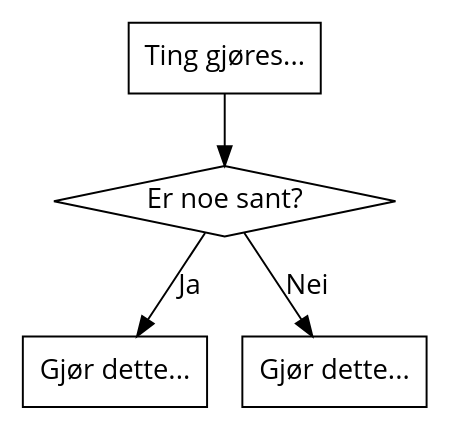
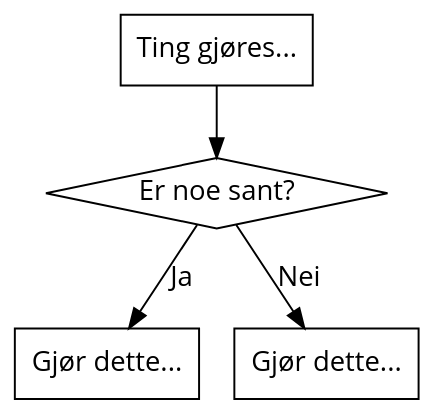
The fifth of 5 diagrams in org/promo.org (tarjeiba/promo), drawn with Graphviz before and after one commit. The commit also changed other lines of this file and 13 other files, not shown here.

```diff
--- a/org/promo.org
+++ b/org/promo.org
@@ -1612,12 +1601,13 @@
-#+BEGIN_SRC dot :exports none :file figurer/if-setning.png :cmdline -Kdot -Tppng
+#+BEGIN_SRC dot :exports none :file ../figurer/if-setning.png :cmdline -Kdot -Tpng
 digraph G {
+	graph [bgcolor="transparent"]
         start [label="Ting gjøres...", shape=box, fontname="Open Sans"];
         if [label="Er noe sant?", shape=diamond, fontname="Open Sans"];
         ift [label="Gjør dette...", shape=box, fontname="Open Sans"];
         iff [label="Gjør dette...", shape=box, fontname="Open Sans"];
 
         start -> if
         if -> ift [label="Ja", fontname="Open Sans"];
         if -> iff [label="Nei", fontname="Open Sans"];
 }
 #+END_SRC
```
